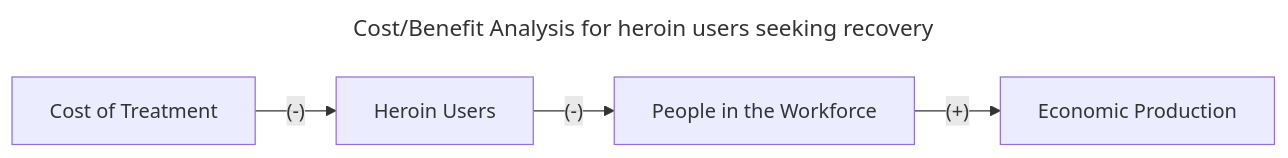
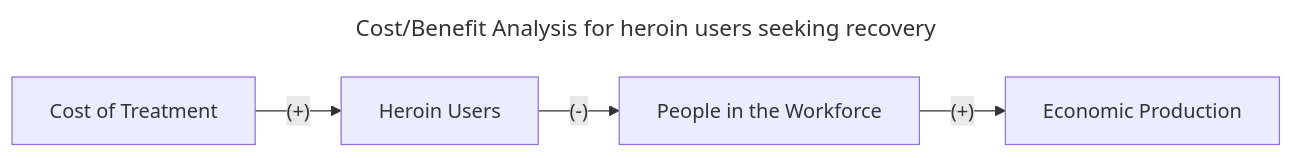
Before and after one commit to ecn310/course-project-zipcentercrime: the fourth of 5 diagrams in Lit_Review/PaperSummaries.md, drawn with Mermaid.

Commit message:
Edited Sign in Causal Diagram 4

````diff
--- a/Lit_Review/PaperSummaries.md
+++ b/Lit_Review/PaperSummaries.md
@@ -72,7 +72,7 @@
 ```mermaid
 ---
 title: Cost/Benefit Analysis for heroin users seeking recovery
 ---
 flowchart LR
-A["Cost of Treatment"] --(#45;)--> B["Heroin Users"] --(#45;)--> C["People in the Workforce"] --(#43;)--> D["Economic Production"]
+A["Cost of Treatment"] --(#43;)--> B["Heroin Users"] --(#45;)--> C["People in the Workforce"] --(#43;)--> D["Economic Production"]
 ```
````
